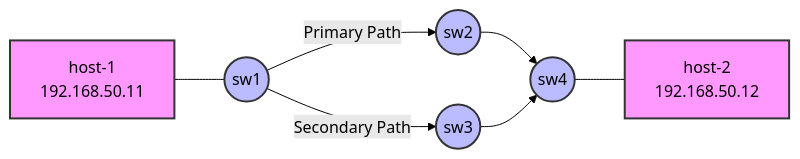
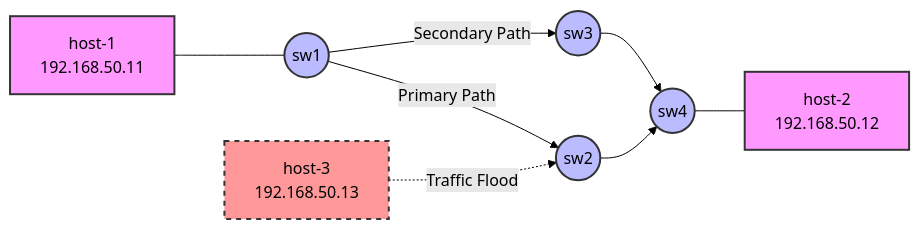
Before and after one commit to hugothomazpsouza/InbandNetworkTelemetry-P4: the diagram in README.md, drawn with Mermaid (forest theme). The commit also changed other lines of this file and 87 other files, not shown here.

Commit message:
Final Masters Thesis version: Closed-Loop Control, Dynamic Failover, Host-3 Cross-Traffic, and Auto-Recovery

````diff
--- a/README.md
+++ b/README.md
@@ -13,19 +13,22 @@
 ```mermaid
 graph LR
     H1[host-1<br>192.168.50.11] --- S1((sw1))
     
     S1 -- Primary Path --> S2((sw2))
     S1 -- Secondary Path --> S3((sw3))
+    
+    H3[host-3<br>192.168.50.13] -.->|Traffic Flood| S2
     
     S2 --> S4((sw4))
     S3 --> S4
     
     S4 --- H2[host-2<br>192.168.50.12]
     
     style H1 fill:#f9f,stroke:#333,stroke-width:2px
     style H2 fill:#f9f,stroke:#333,stroke-width:2px
+    style H3 fill:#ff9999,stroke:#333,stroke-width:2px,stroke-dasharray: 5 5
     style S1 fill:#bbf,stroke:#333,stroke-width:2px
     style S2 fill:#bbf,stroke:#333,stroke-width:2px
     style S3 fill:#bbf,stroke:#333,stroke-width:2px
     style S4 fill:#bbf,stroke:#333,stroke-width:2px
 ```
````
